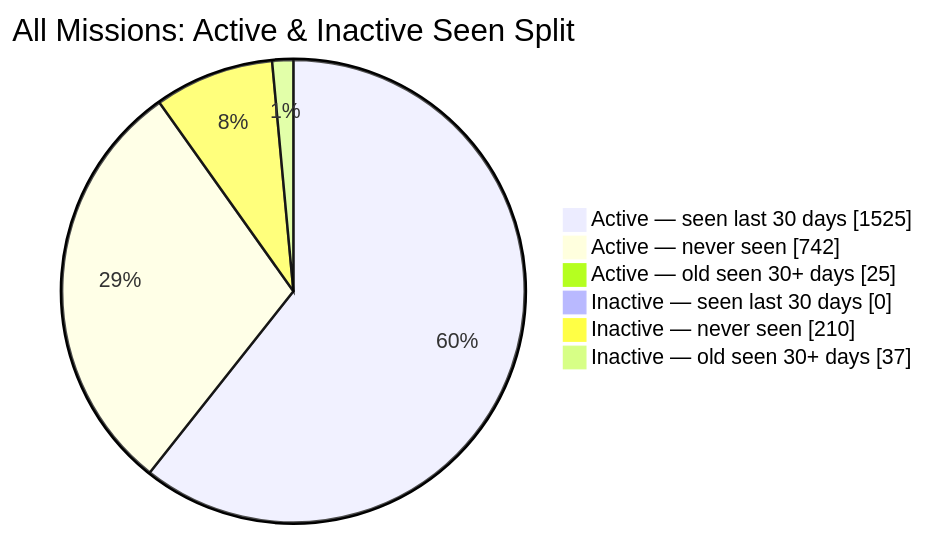
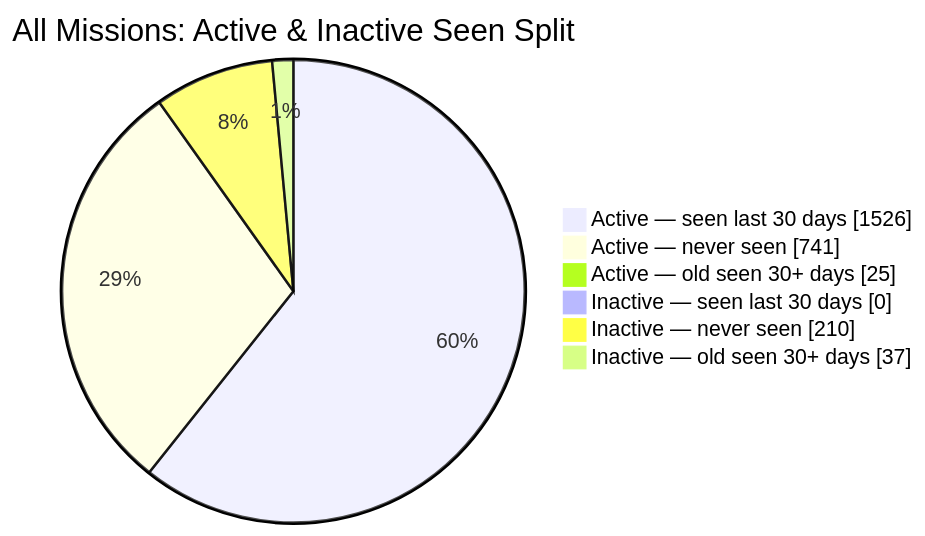
One commit to MeldkamerspelGameTeam/active-missions changed the second of 2 diagrams in README.md. Above: the diagram before and after it, drawn with Mermaid. The commit also changed other lines of this file and 2 other files, not shown here.

````diff
--- a/README.md
+++ b/README.md
@@ -44,10 +44,10 @@
 ```mermaid
 pie showData
     title All Missions: Active & Inactive Seen Split
-    "Active — seen last 30 days" : 1525
-    "Active — never seen" : 742
+    "Active — seen last 30 days" : 1526
+    "Active — never seen" : 741
     "Active — old seen 30+ days" : 25
     "Inactive — seen last 30 days" : 0
     "Inactive — never seen" : 210
     "Inactive — old seen 30+ days" : 37
 ```
````
